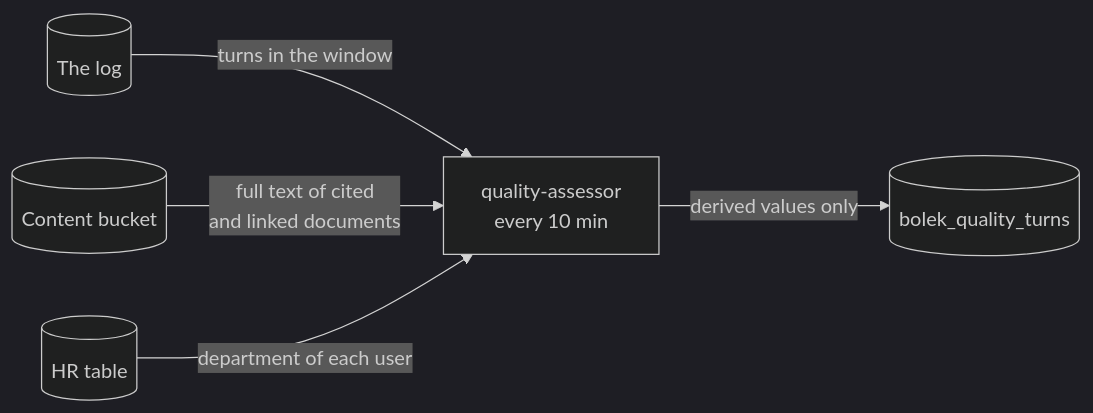
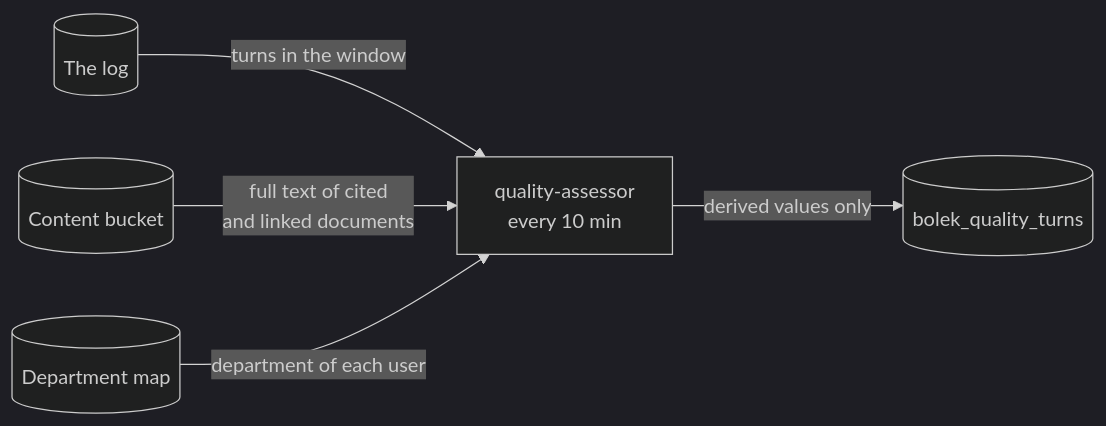
One commit to pborkowski-rtbh/conversation-analyzer changed diagram 11 of 19 in design-doc.md. Above: the diagram before and after it, drawn with Mermaid (dark theme). The commit also changed other lines of this file and 13 other files, not shown here.

````diff
--- a/design-doc.md
+++ b/design-doc.md
@@ -1181,7 +1181,7 @@
 ```mermaid
 flowchart LR
     LOG[("The log")] -->|"turns in the window"| A["quality-assessor<br/>every 10 min"]
     BUCKET[("Content bucket")] -->|"full text of cited<br/>and linked documents"| A
-    HR[("HR table")] -->|"department of each user"| A
+    HR[("Department map")] -->|"department of each user"| A
     A -->|"derived values only"| T[("bolek_quality_turns")]
 ```
````
